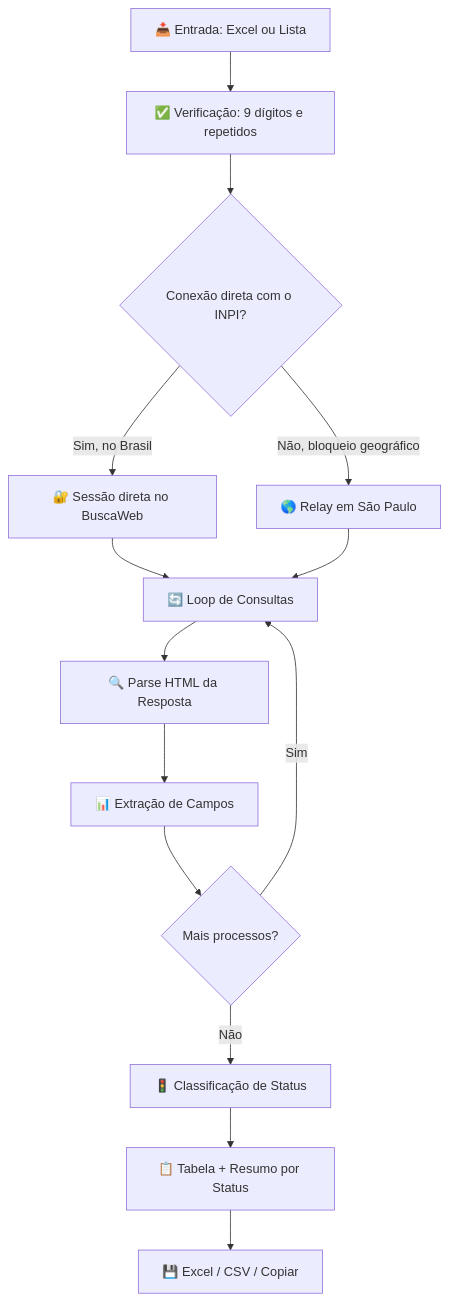
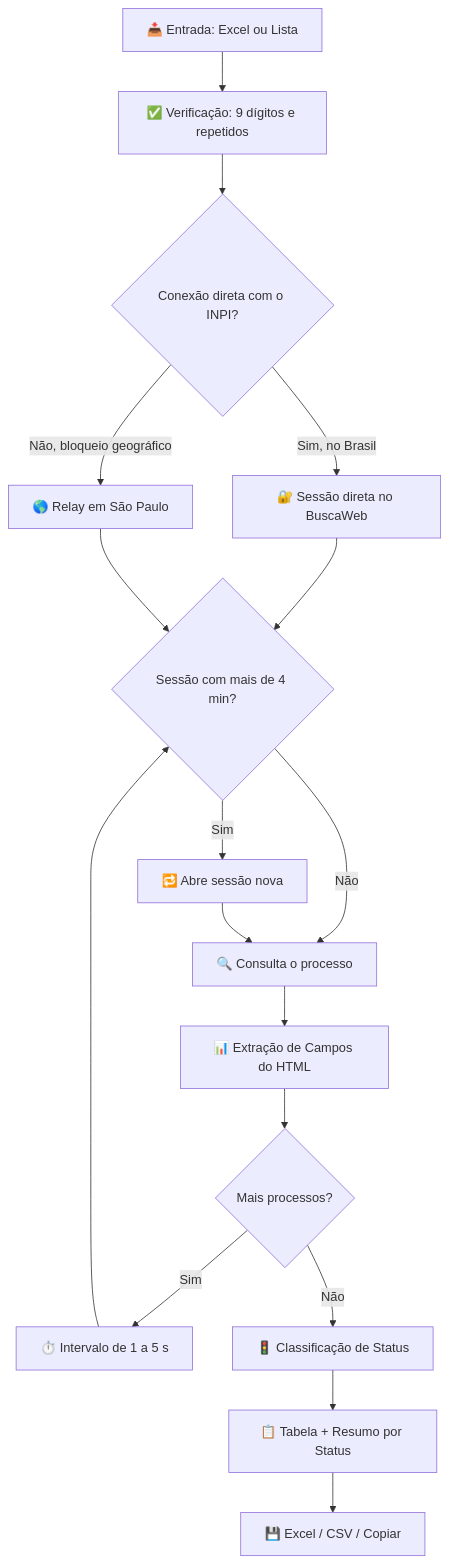
The first of 2 diagrams in README.md (GabrielaSchmitt/INPedia), drawn with Mermaid before and after one commit. The commit also changed other lines of this file and 1 other file, not shown here.

Commit message:
v1.2.1: estimativa de tempo recalibrada com medições reais e README revisado

````diff
--- a/README.md
+++ b/README.md
@@ -63,16 +64,19 @@
 ```mermaid
 graph TD
     A[📥 Entrada: Excel ou Lista] --> B[✅ Verificação: 9 dígitos e repetidos]
     B --> C{Conexão direta com o INPI?}
     C -->|Sim, no Brasil| D[🔐 Sessão direta no BuscaWeb]
     C -->|Não, bloqueio geográfico| E[🌎 Relay em São Paulo]
-    D --> F[🔄 Loop de Consultas]
-    E --> F
-    F --> G[🔍 Parse HTML da Resposta]
-    G --> H[📊 Extração de Campos]
-    H --> I{Mais processos?}
-    I -->|Sim| F
+    D --> S{Sessão com mais de 4 min?}
+    E --> S
+    S -->|Sim| R[🔁 Abre sessão nova]
+    S -->|Não| F[🔍 Consulta o processo]
+    R --> F
+    F --> G[📊 Extração de Campos do HTML]
+    G --> I{Mais processos?}
+    I -->|Sim| T[⏱️ Intervalo de 1 a 5 s]
+    T --> S
     I -->|Não| J[🚦 Classificação de Status]
     J --> K[📋 Tabela + Resumo por Status]
     K --> L[💾 Excel / CSV / Copiar]
 ```
````
